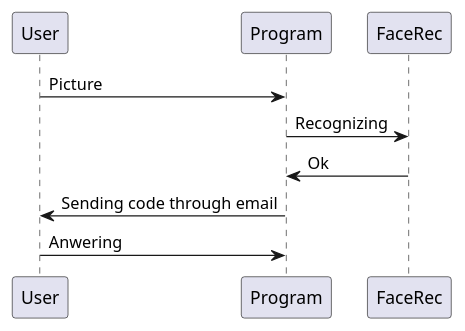
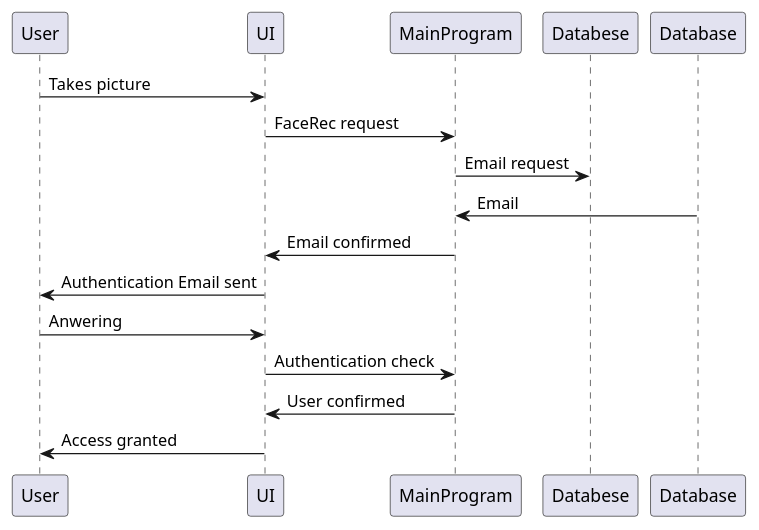
The third of 3 diagrams in README.md (Tuukka-B/IoT-Face-Recognition), drawn with PlantUML before and after one commit.

````diff
--- a/README.md
+++ b/README.md
@@ -190,9 +190,14 @@
 ```plantuml
 @startuml
-User -> "Program" : Picture
-"Program" -> "FaceRec" : Recognizing
-"FaceRec" -> "Program" : Ok
-"Program" -> User : Sending code through email
-User -> "Program" : Anwering
+User -> "UI" : Takes picture
+"UI" -> "MainProgram" : FaceRec request
+"MainProgram" -> "Databese" : Email request
+"Database" -> "MainProgram" : Email
+"MainProgram" -> "UI" : Email confirmed
+"UI" -> User : Authentication Email sent
+User -> "UI" : Anwering
+"UI" -> "MainProgram" : Authentication check
+"MainProgram" -> "UI" : User confirmed
+"UI" -> User : Access granted
 @enduml
 ```
````
